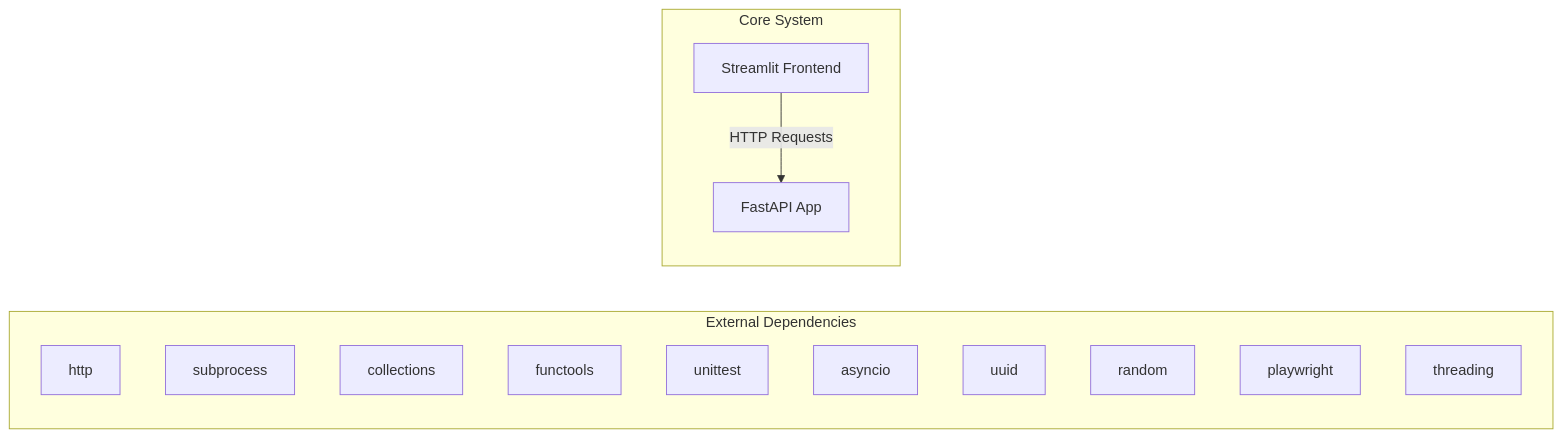
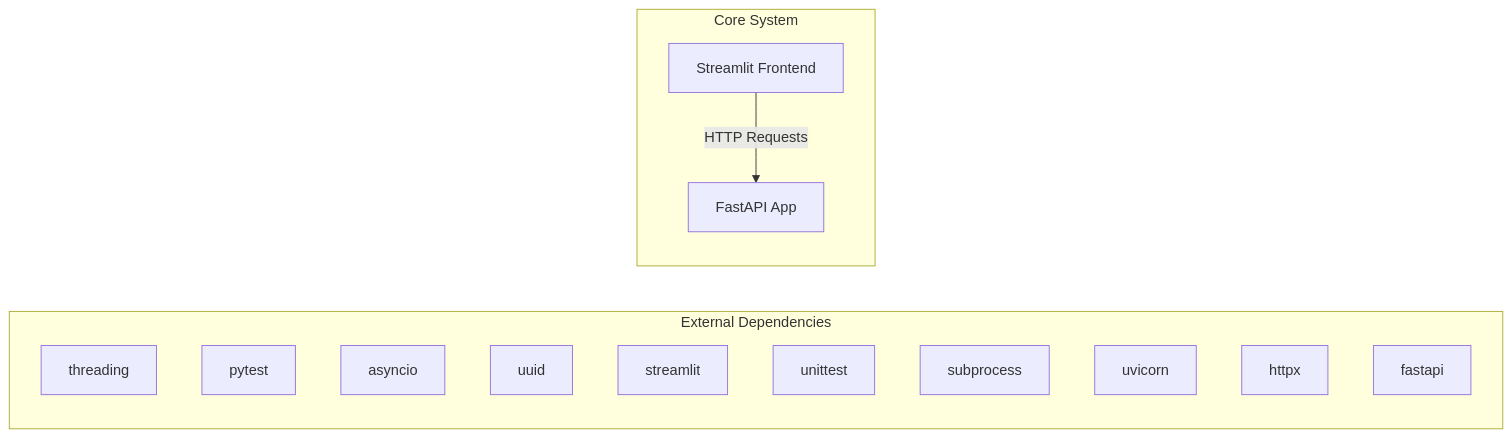
One commit to NITISH-R-G/rag-context-optimizer changed the first of 2 diagrams in docs/architecture.md. Above: the diagram before and after it, drawn with Mermaid. The commit also changed 1 other file, not shown here.

Commit message:
docs: auto-update repository knowledge, architecture diagrams, and documentation

````diff
--- a/docs/architecture.md
+++ b/docs/architecture.md
@@ -7,20 +7,20 @@
 ```mermaid
 graph LR
     subgraph External Dependencies
-        E0["http"]
-        E1["subprocess"]
-        E2["collections"]
-        E3["functools"]
-        E4["unittest"]
-        E5["asyncio"]
-        E6["uuid"]
-        E7["random"]
-        E8["playwright"]
-        E9["threading"]
+        E0["threading"]
+        E1["pytest"]
+        E2["asyncio"]
+        E3["uuid"]
+        E4["streamlit"]
+        E5["unittest"]
+        E6["subprocess"]
+        E7["uvicorn"]
+        E8["httpx"]
+        E9["fastapi"]
     end
     subgraph Core System
         API["FastAPI App"]
         UI["Streamlit Frontend"]
     end
     UI -->|HTTP Requests| API
 ```
````
